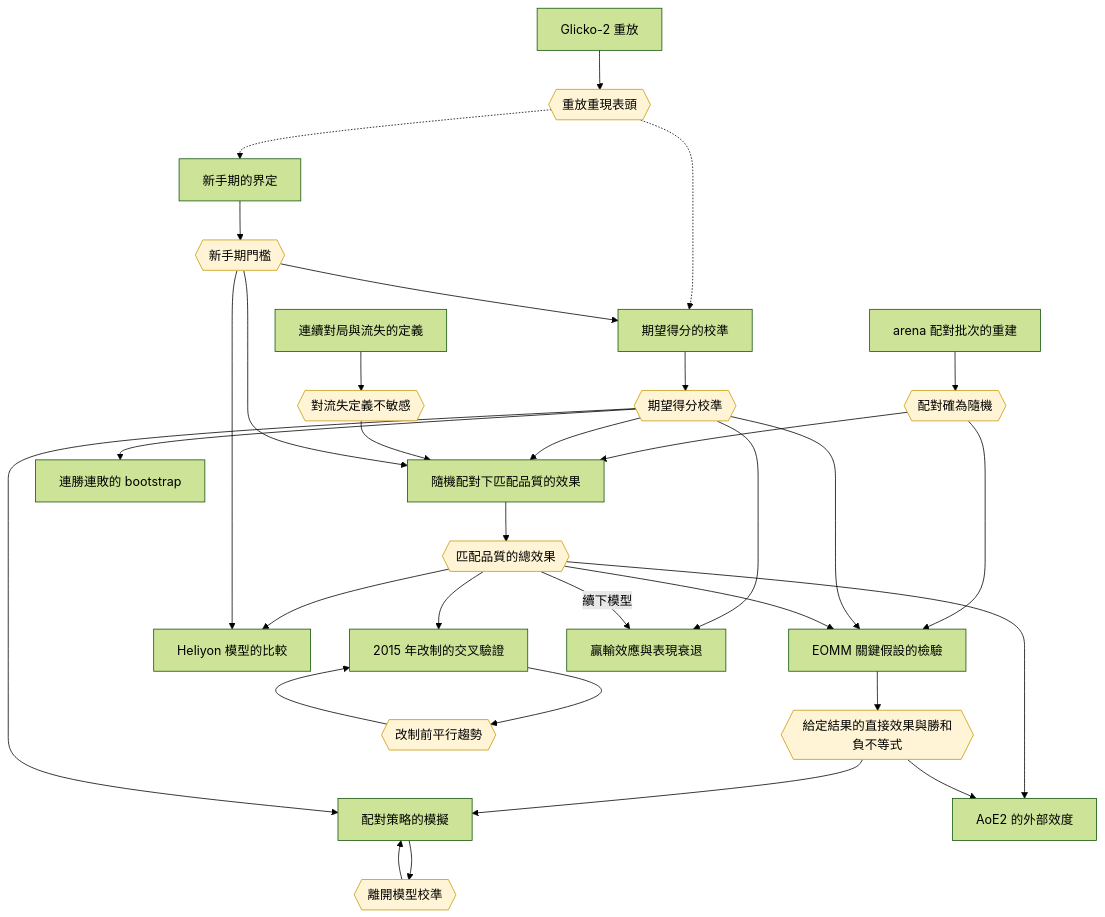
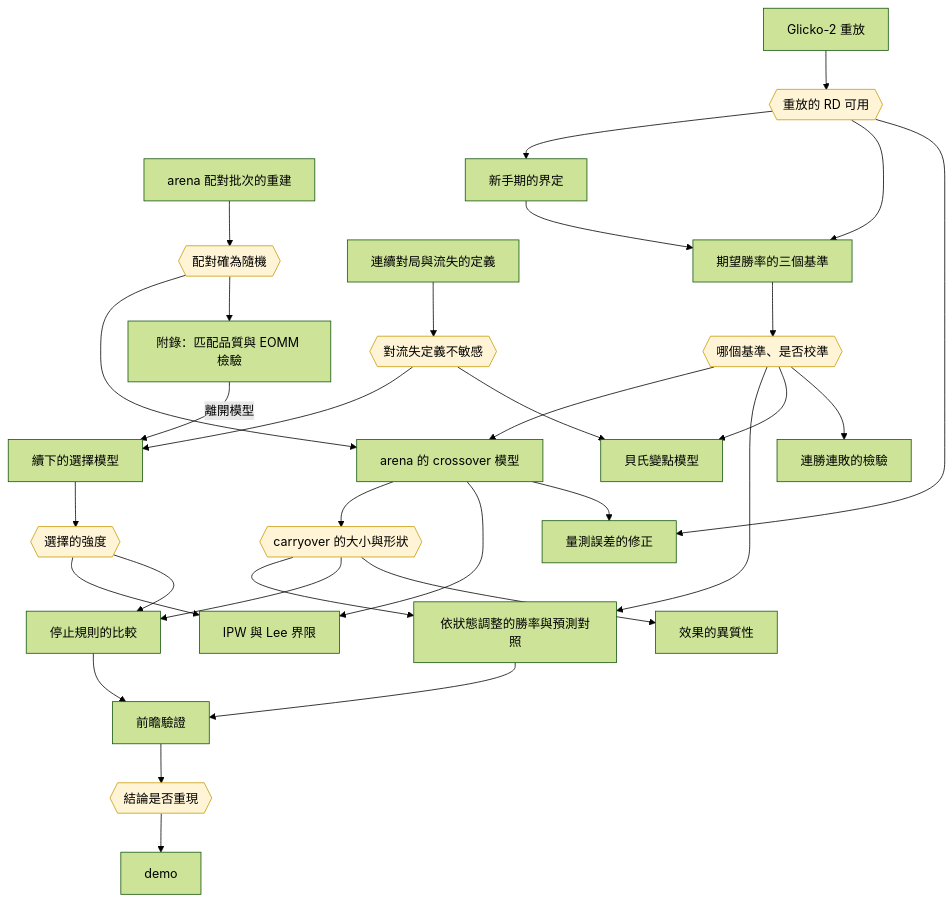
The diagram in docs/plan.md (jambochen/analyze), drawn with Mermaid (forest theme) before and after one commit. The commit also changed other lines of this file, not shown here.

````diff
--- a/docs/plan.md
+++ b/docs/plan.md
@@ -283,62 +407,63 @@
 ```mermaid
 flowchart TD
     wave[arena 配對批次的重建]
-    calibm[期望得分的校準]
+    replaym[Glicko-2 重放]
     novm[新手期的界定]
-    replaym[Glicko-2 重放]
+    basem[期望勝率的三個基準]
     churnm[連續對局與流失的定義]
-    rim[隨機配對下匹配品質的效果]
-    eommm[EOMM 關鍵假設的檢驗]
-    simm[配對策略的模擬]
-    helm[Heliyon 模型的比較]
-    didm[2015 年改制的交叉驗證]
-    streakm[連勝連敗的 bootstrap]
-    declm[贏輸效應與表現衰退]
-    extm[AoE2 的外部效度]
+    selm[續下的選擇模型]
+    xom[arena 的 crossover 模型]
+    ipwm[IPW 與 Lee 界限]
+    merm[量測誤差的修正]
+    predm[依狀態調整的勝率與預測對照]
+    stopm[停止規則的比較]
+    prospm[前瞻驗證]
+    demom[demo]
+    hetm[效果的異質性]
+    cpm[貝氏變點模型]
+    streakm[連勝連敗的檢驗]
+    eommm[附錄：匹配品質與 EOMM 檢驗]
 
     crand{{配對確為隨機}}
-    ccal{{期望得分校準}}
-    cnov{{新手期門檻}}
-    crep{{重放重現表頭}}
+    crep{{重放的 RD 可用}}
+    cbase{{哪個基準、是否校準}}
     csens{{對流失定義不敏感}}
-    cgamma{{匹配品質的總效果}}
-    cdirect{{給定結果的直接效果與勝和負不等式}}
-    csimcal{{離開模型校準}}
-    cpar{{改制前平行趨勢}}
+    csel{{選擇的強度}}
+    cco{{carryover 的大小與形狀}}
+    cprosp{{結論是否重現}}
 
     wave --> crand
-    calibm --> ccal
-    novm --> cnov
     replaym --> crep
+    basem --> cbase
     churnm --> csens
-    rim --> cgamma
-    eommm --> cdirect
-    simm --> csimcal
-    didm --> cpar
+    selm --> csel
+    xom --> cco
+    prospm --> cprosp
 
-    crep -.-> calibm
-    crep -.-> novm
-    cnov --> calibm
-    crand --> rim
-    ccal --> rim
-    csens --> rim
-    cnov --> rim
+    crep --> novm
+    crep --> basem
+    novm --> basem
+    crep --> merm
+    crand --> xom
+    cbase --> xom
+    csens --> selm
+    eommm -->|離開模型| selm
+    csel --> ipwm
+    xom --> ipwm
+    xom --> merm
+    cco --> predm
+    cbase --> predm
+    cco --> stopm
+    csel --> stopm
+    predm --> prospm
+    stopm --> prospm
+    cprosp --> demom
+    cco --> hetm
+    cbase --> cpm
+    csens --> cpm
+    cbase --> streakm
     crand --> eommm
-    ccal --> eommm
-    cgamma --> eommm
-    cdirect --> simm
-    ccal --> simm
-    csimcal --> simm
-    cgamma --> helm
-    cnov --> helm
-    cgamma --> didm
-    cpar --> didm
-    ccal --> streakm
-    ccal --> declm
-    cgamma -->|續下模型| declm
-    cgamma --> extm
-    cdirect --> extm
 
     classDef concl fill:#fff4d6,stroke:#c99a06
-    class crand,ccal,cnov,crep,csens,cgamma,cdirect,csimcal,cpar concl
+    class crand,crep,cbase,csens,csel,cco,cprosp concl
 ```
````
